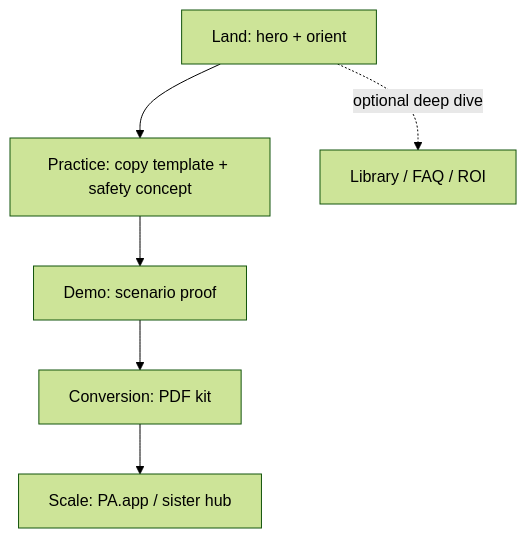
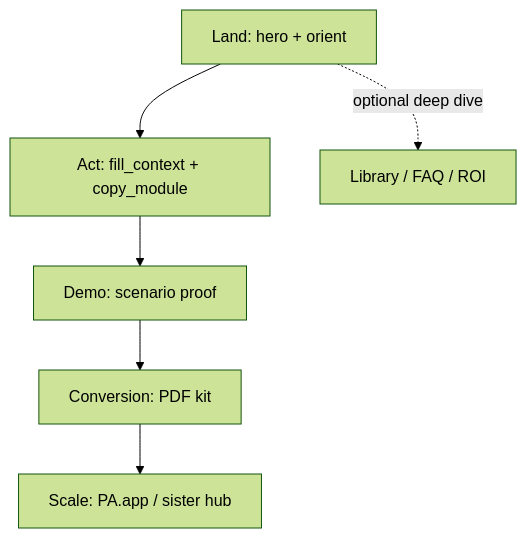
Before and after one commit to DITreneris/leader: the first of 3 diagrams in docs/STRATEGIC_REVISION_PLAN.md, drawn with Mermaid (forest theme). The commit also changed other lines of this file and 21 other files, not shown here.

````diff
--- a/docs/STRATEGIC_REVISION_PLAN.md
+++ b/docs/STRATEGIC_REVISION_PLAN.md
@@ -58,8 +70,8 @@
 ```mermaid
 flowchart TD
-  A[Land: hero + orient] --> B[Practice: copy template + safety concept]
+  A[Land: hero + orient] --> B[Act: fill_context + copy_module]
   B --> C[Demo: scenario proof]
   C --> D[Conversion: PDF kit]
   D --> E[Scale: PA.app / sister hub]
   A -. optional deep dive .-> F[Library / FAQ / ROI]
 ```
````
